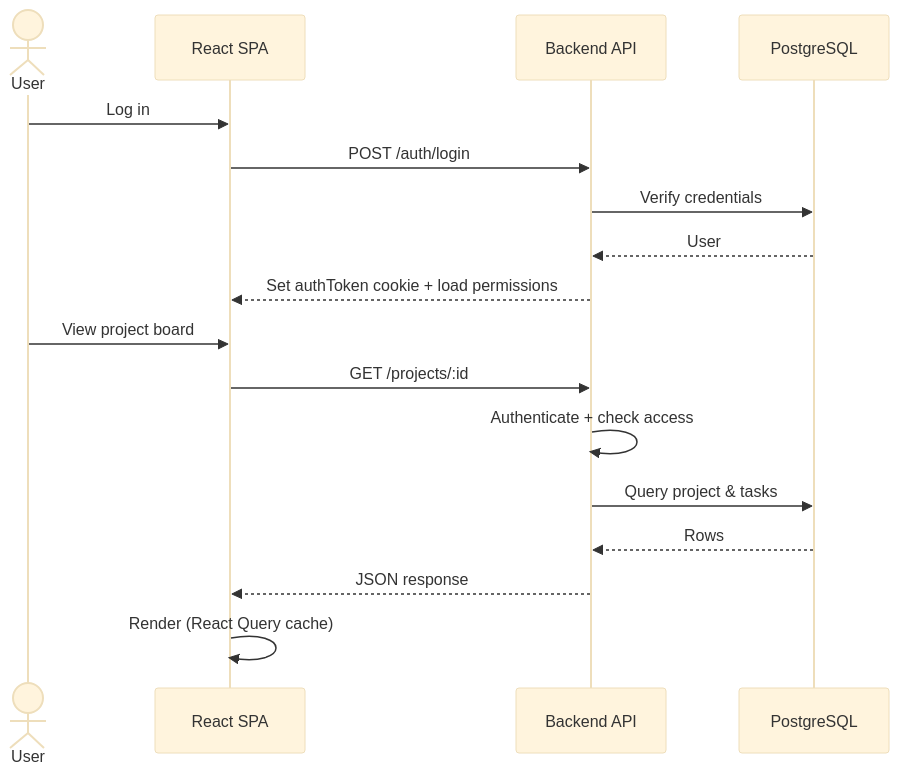
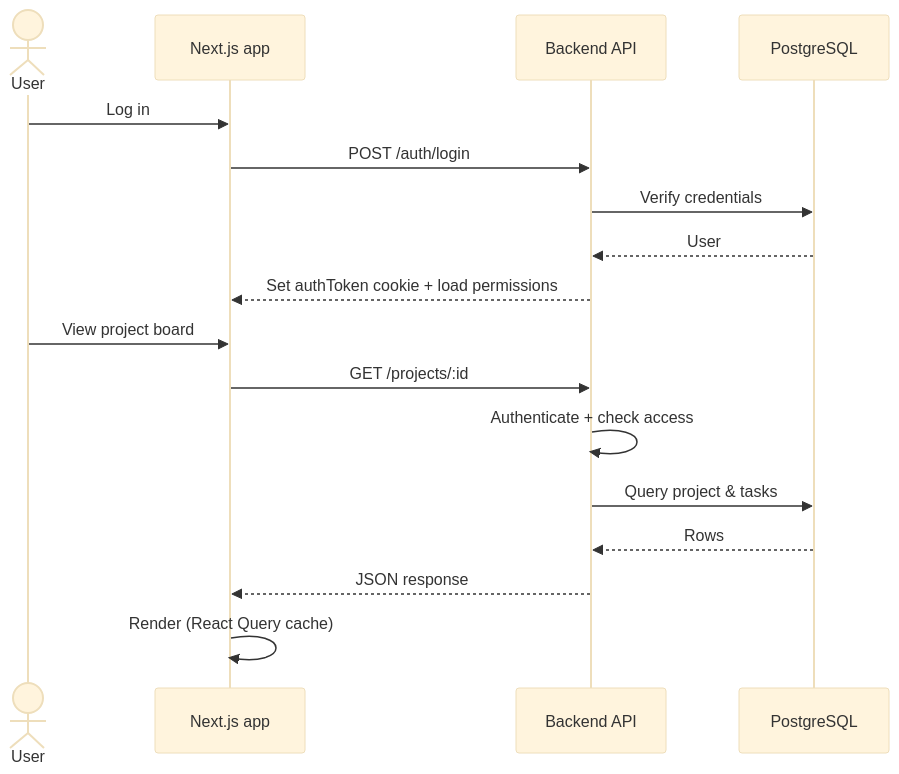
One commit to sagnik26/Task-Manager changed the second of 3 diagrams in README.md. Above: the diagram before and after it, drawn with Mermaid (base theme). The commit also changed other lines of this file and 61 other files, not shown here.

````diff
--- a/README.md
+++ b/README.md
@@ -98,21 +98,21 @@
 ```mermaid
 sequenceDiagram
     actor User
-    participant UI as React SPA
+    participant UI as Next.js app
     participant API as Backend API
     participant DB as PostgreSQL
 
     User->>UI: Log in
     UI->>API: POST /auth/login
     API->>DB: Verify credentials
     DB-->>API: User
     API-->>UI: Set authToken cookie + load permissions
 
     User->>UI: View project board
     UI->>API: GET /projects/:id
     API->>API: Authenticate + check access
     API->>DB: Query project & tasks
     DB-->>API: Rows
     API-->>UI: JSON response
     UI->>UI: Render (React Query cache)
 ```
````
